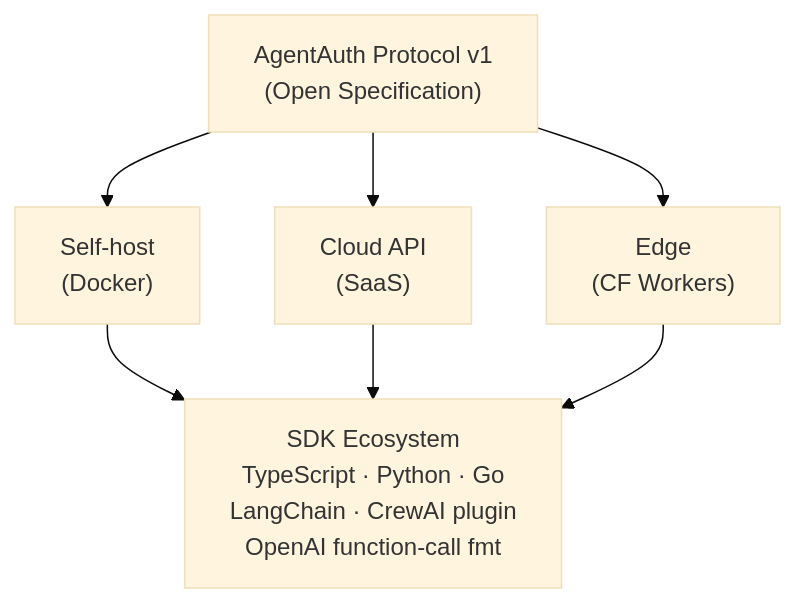
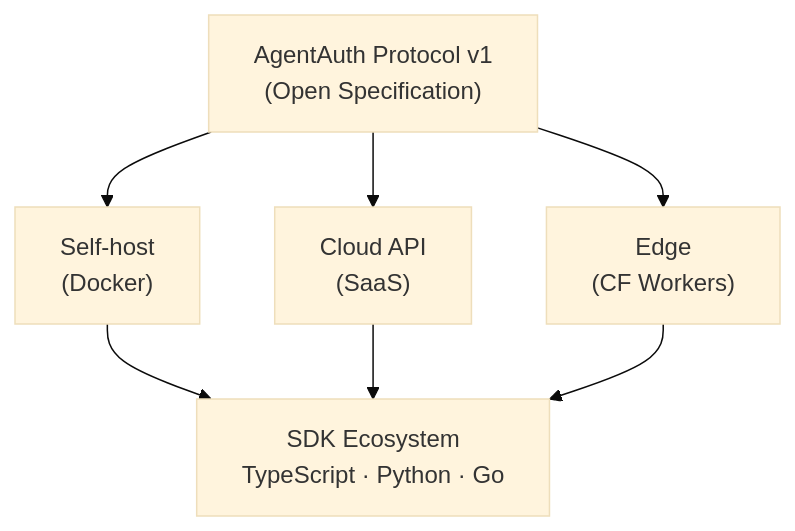
Before and after one commit to dyshay/agentauth: the fourth of 4 diagrams in README.md, drawn with Mermaid (base theme). The commit also changed other lines of this file, not shown here.

````diff
--- a/README.md
+++ b/README.md
@@ -361,14 +261,14 @@
 ```mermaid
 graph TB
     Protocol["AgentAuth Protocol v1<br/>(Open Specification)"]
 
     Protocol --> SelfHost["Self-host<br/>(Docker)"]
     Protocol --> Cloud["Cloud API<br/>(SaaS)"]
     Protocol --> Edge["Edge<br/>(CF Workers)"]
 
-    SelfHost --> SDK
-    Cloud --> SDK
-    Edge --> SDK
+    SelfHost --> SDKs
+    Cloud --> SDKs
+    Edge --> SDKs
 
-    SDK["SDK Ecosystem<br/>TypeScript · Python · Go<br/>LangChain · CrewAI plugin<br/>OpenAI function-call fmt"]
+    SDKs["SDK Ecosystem<br/>TypeScript · Python · Go"]
 ```
````
